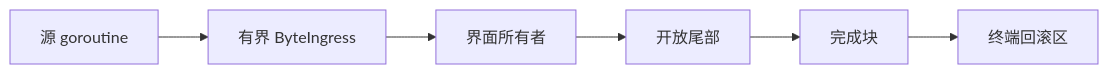
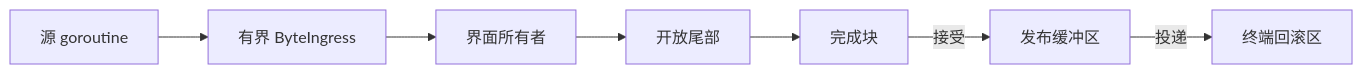
Before and after one commit to Tangerg/oolong: the diagram in docs/zh/streaming.md, drawn with Mermaid. The commit also changed other lines of this file and 73 other files, not shown here.

````diff
--- a/docs/zh/streaming.md
+++ b/docs/zh/streaming.md
@@ -30,8 +30,9 @@
 ```mermaid
 flowchart LR
     source["源 goroutine"] --> ingress["有界 ByteIngress"]
     ingress --> owner["界面所有者"]
     owner --> open["开放尾部"]
     open --> committed["完成块"]
-    committed --> terminal["终端回滚区"]
+    committed -->|接受| publication["发布缓冲区"]
+    publication -->|投递| terminal["终端回滚区"]
 ```
````
